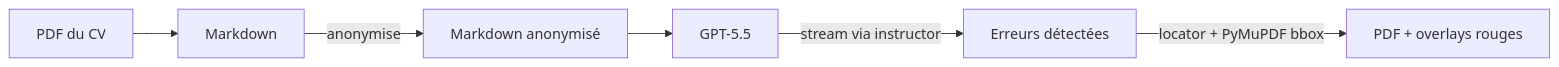
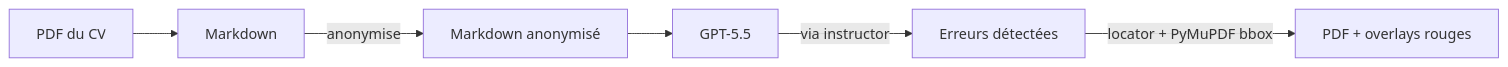
The diagram in docs/blog/2026-05-26-cv-llm-sans-nom-fr.md (Athroniaeth/piighost-proofreader), drawn with Mermaid before and after one commit. The commit also changed other lines of this file, not shown here.

````diff
--- a/docs/blog/2026-05-26-cv-llm-sans-nom-fr.md
+++ b/docs/blog/2026-05-26-cv-llm-sans-nom-fr.md
@@ -16,8 +16,8 @@
 ```mermaid
 flowchart LR
   PDF[PDF du CV] --> Markdown
   Markdown -->|anonymise| Anon[Markdown anonymisé]
   Anon --> LLM[GPT-5.5]
-  LLM -->|stream via instructor| Mistakes[Erreurs détectées]
+  LLM -->|via instructor| Mistakes[Erreurs détectées]
   Mistakes -->|locator + PyMuPDF bbox| PDF2[PDF + overlays rouges]
 ```
````
